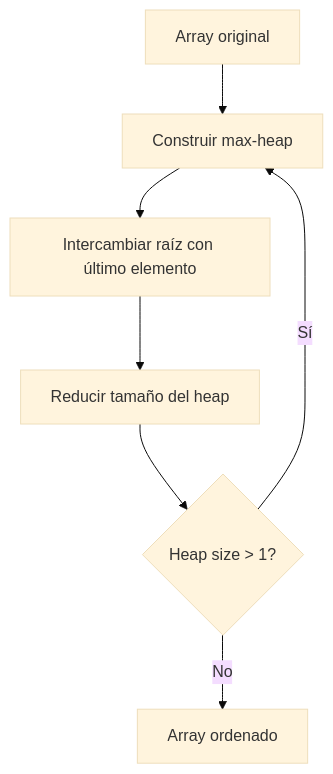
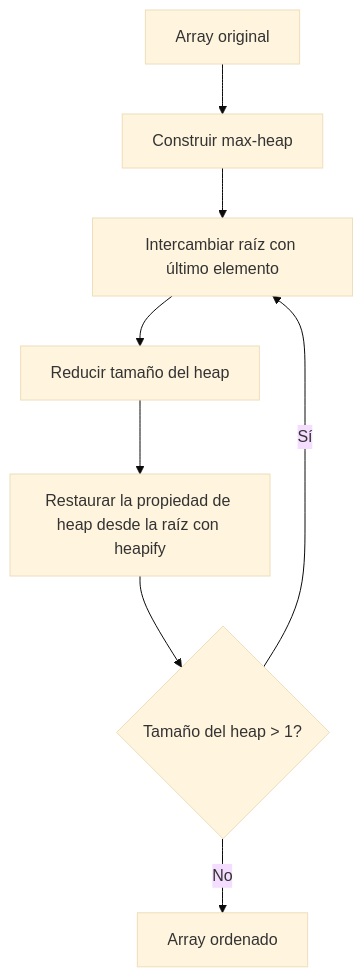
Before and after one commit to djaimej/computer-science-template: the first of 2 diagrams in public/documents/semester-2/2/22152.md, drawn with Mermaid (base theme). The commit also changed other lines of this file and 44 other files, not shown here.

````diff
--- a/public/documents/semester-2/2/22152.md
+++ b/public/documents/semester-2/2/22152.md
@@ -107,9 +107,10 @@
 ```mermaid
 flowchart TD
     A[Array original] --> B[Construir max-heap]
     B --> C[Intercambiar raíz con último elemento]
     C --> D[Reducir tamaño del heap]
-    D --> E{Heap size > 1?}
-    E -- Sí --> B
+    D --> G[Restaurar la propiedad de heap desde la raíz con heapify]
+    G --> E{"Tamaño del heap > 1?"}
+    E -- Sí --> C
     E -- No --> F[Array ordenado]
 ```
````
